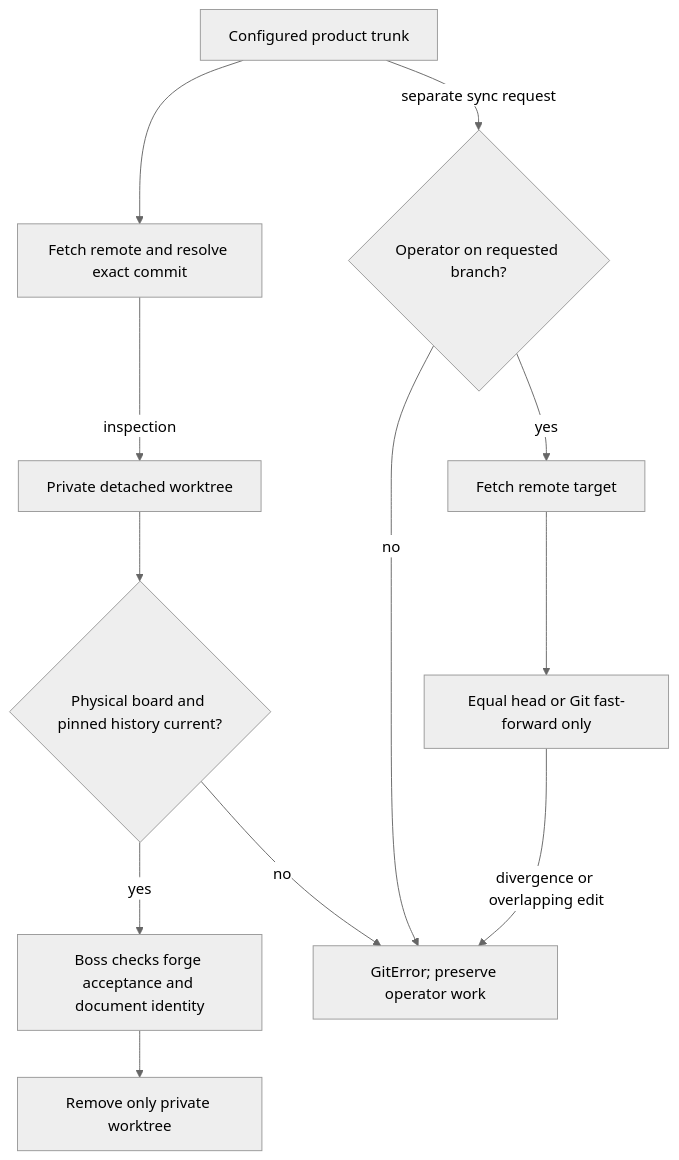
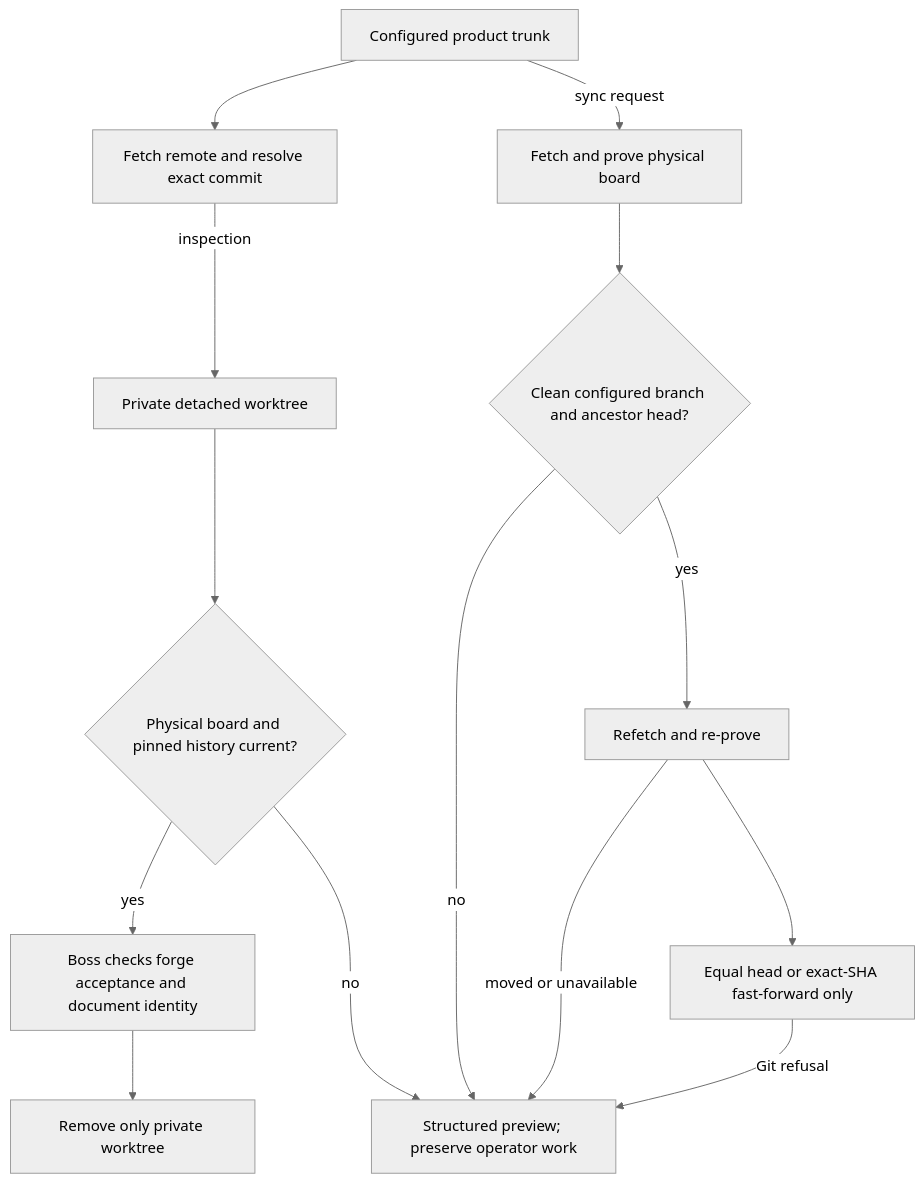
The first of 6 diagrams in cascade/workspace/DESIGN.md (vincentc-b/CascadeCode), drawn with Mermaid (neutral theme) before and after one commit. The commit also changed other lines of this file and 11 other files, not shown here.

First line of the commit message:
task/task_054_003_002: Guard physical remote board and synchronize a clean operator trunk

````diff
--- a/cascade/workspace/DESIGN.md
+++ b/cascade/workspace/DESIGN.md
@@ -58,14 +76,16 @@
 ```mermaid
 flowchart TD
     Target[Configured product trunk] --> Fetch[Fetch remote and resolve exact commit]
     Fetch -->|inspection| Detached[Private detached worktree]
     Detached --> History{Physical board and pinned history current?}
     History -->|yes| Caller[Boss checks forge acceptance and document identity]
     History -->|no| Refuse
     Caller --> Cleanup[Remove only private worktree]
-    Target -->|separate sync request| Branch{Operator on requested branch?}
-    Branch -->|yes| SyncFetch[Fetch remote target]
-    SyncFetch --> FF[Equal head or Git fast-forward only]
-    Branch -->|no| Refuse[GitError; preserve operator work]
-    FF -->|divergence or overlapping edit| Refuse
+    Target -->|sync request| SyncProof[Fetch and prove physical board]
+    SyncProof --> Branch{Clean configured branch and ancestor head?}
+    Branch -->|yes| Fence[Refetch and re-prove]
+    Fence --> FF[Equal head or exact-SHA fast-forward only]
+    Branch -->|no| Refuse[Structured preview; preserve operator work]
+    Fence -->|moved or unavailable| Refuse
+    FF -->|Git refusal| Refuse
 ```
````
